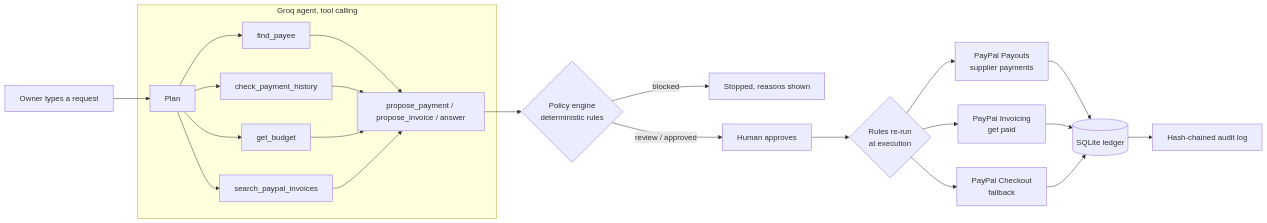
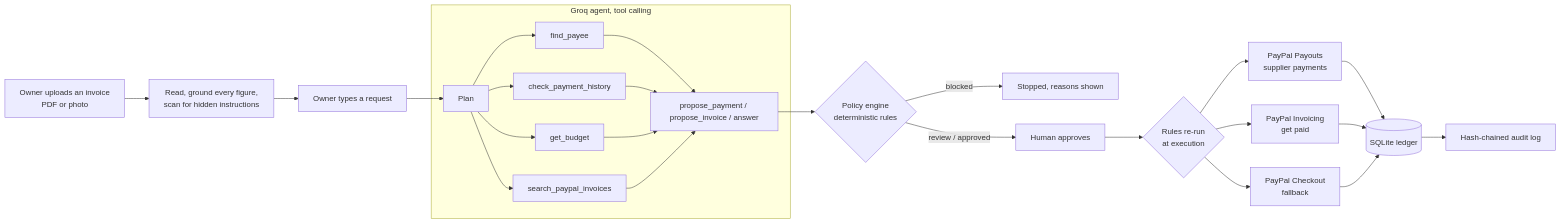
The diagram in README.md (Nonga001/PayPilot-AI), drawn with Mermaid before and after one commit. The commit also changed other lines of this file and 15 other files, not shown here.

````diff
--- a/README.md
+++ b/README.md
@@ -52,20 +55,21 @@
 ```mermaid
 flowchart LR
     U[Owner types a request] --> A
+    D[Owner uploads an invoice<br/>PDF or photo] --> DR[Read, ground every figure,<br/>scan for hidden instructions] --> U
     subgraph Agent [Groq agent, tool calling]
       A[Plan] --> T1[find_payee]
       A --> T2[check_payment_history]
       A --> T3[get_budget]
       A --> T4[search_paypal_invoices]
       T1 & T2 & T3 & T4 --> P[propose_payment / propose_invoice / answer]
     end
     P --> R{Policy engine<br/>deterministic rules}
     R -- blocked --> X[Stopped, reasons shown]
     R -- review / approved --> H[Human approves]
     H --> R2{Rules re-run<br/>at execution}
     R2 --> PO[PayPal Payouts<br/>supplier payments]
     R2 --> PI[PayPal Invoicing<br/>get paid]
     R2 --> PC[PayPal Checkout<br/>fallback]
     PO & PI & PC --> L[(SQLite ledger)]
     L --> AU[Hash-chained audit log]
 ```
````
